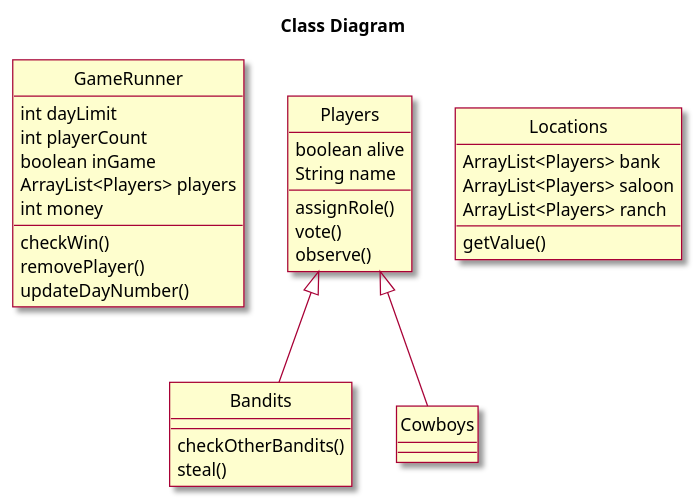
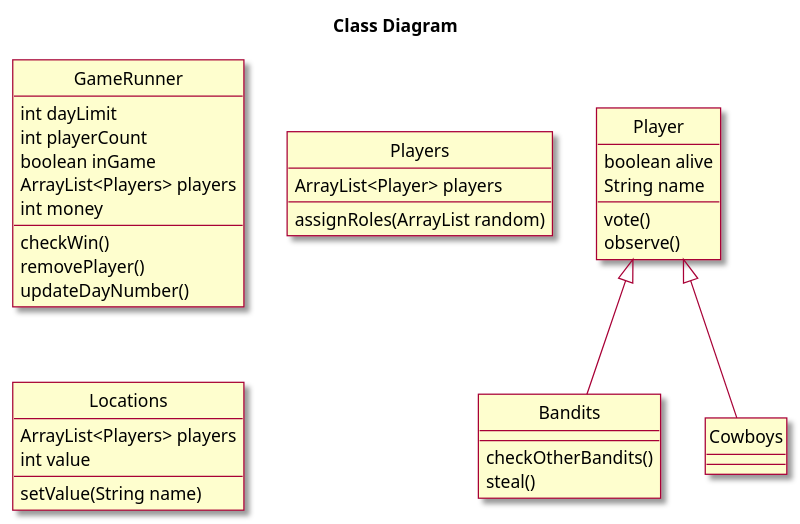
The third of 5 diagrams in doc/design.md (DeannaLC/AndroidProject), drawn with PlantUML before and after one commit. The commit also changed other lines of this file and 52 other files, not shown here.

````diff
--- a/doc/design.md
+++ b/doc/design.md
@@ -57,54 +69,66 @@
 ```plantuml
 
+
 @startuml
+
 
 title Class Diagram
 hide circle
 hide empty methods
 
+
 skin rose
 ' classes
+
 
 class GameRunner{
 int dayLimit
 int playerCount
 boolean inGame
 ArrayList<Players> players
 int money
 --
 checkWin()
 removePlayer()
 updateDayNumber()
 }
 
 class Players{
+ArrayList<Player> players
+--
+assignRoles(ArrayList random)
+}
+
+class Player{
 boolean alive
 String name
 --
-assignRole()
 vote()
 observe()
 }
+
 
 class Bandits{
 --
 checkOtherBandits()
 steal()
 }
 
+
 class Cowboys{
 --
 }
 
+
 class Locations{
-ArrayList<Players> bank
-ArrayList<Players> saloon
-ArrayList<Players> ranch
+ArrayList<Players> players
+int value
 --
-getValue()
+setValue(String name)
 }
 
-Players <|-- Bandits
-Players <|-- Cowboys
+
+Player <|-- Bandits
+Player <|-- Cowboys
 @enduml
 ```
````
